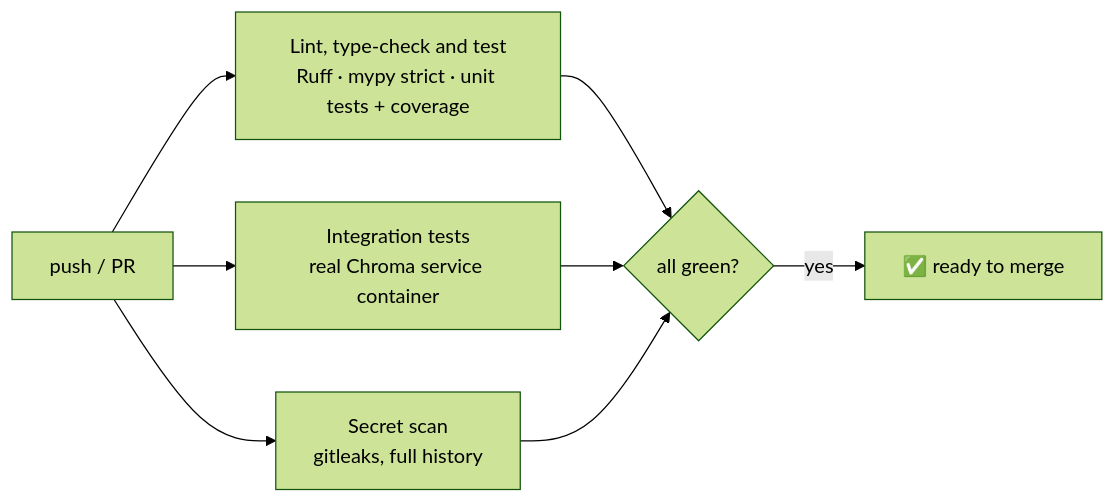
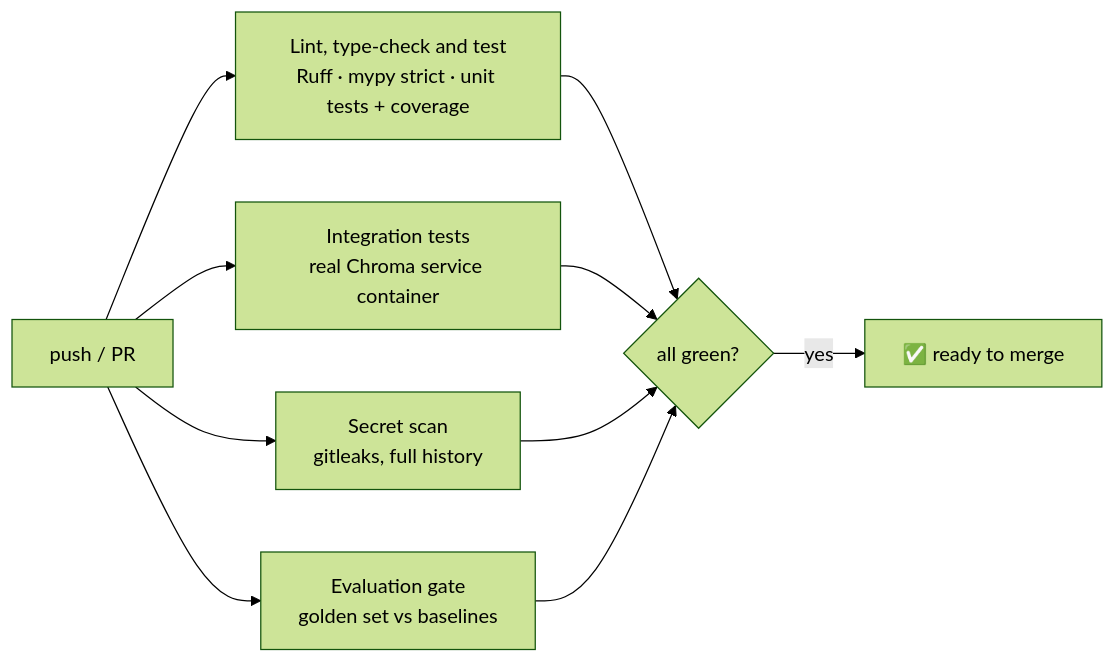
Diagram 14 of 14 in readme.md (mjunedalam/rag-eval-platform), drawn with Mermaid (forest theme) before and after one commit. The commit also changed other lines of this file and 57 other files, not shown here.

First line of the commit message:
feat: phase 5 evaluation gate + Claude-style playground (metrics, streaming, dark theme) (#9)

````diff
--- a/readme.md
+++ b/readme.md
@@ -505,8 +509,9 @@
 ```mermaid
 flowchart LR
     PUSH["push / PR"] --> J1["Lint, type-check and test<br/>Ruff · mypy strict · unit tests + coverage"]
     PUSH --> J2["Integration tests<br/>real Chroma service container"]
     PUSH --> J3["Secret scan<br/>gitleaks, full history"]
-    J1 & J2 & J3 --> OK{"all green?"}
+    PUSH --> J4["Evaluation gate<br/>golden set vs baselines"]
+    J1 & J2 & J3 & J4 --> OK{"all green?"}
     OK -->|yes| M["✅ ready to merge"]
 ```
````
